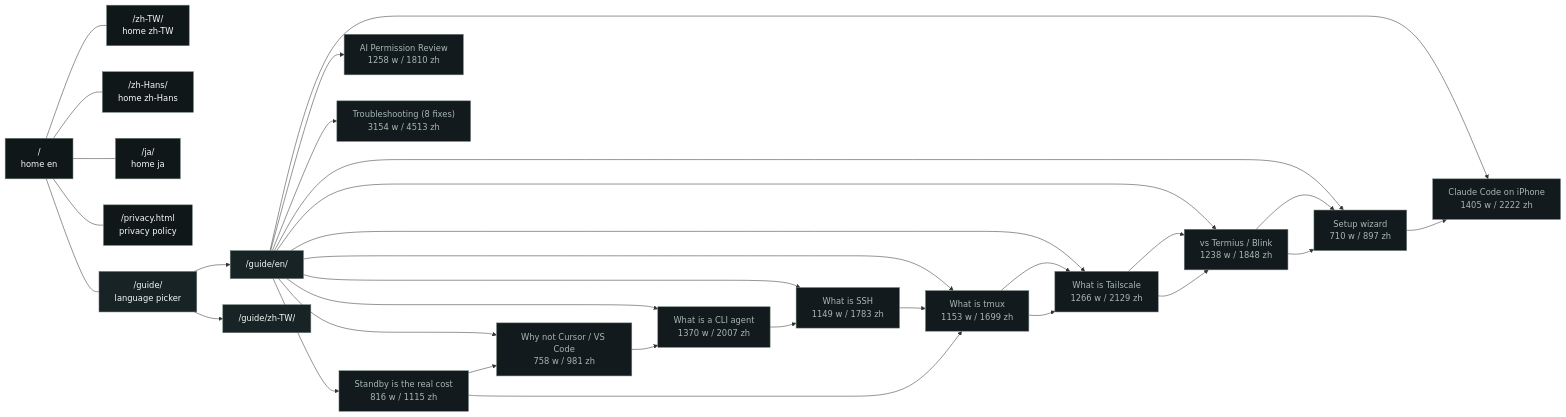
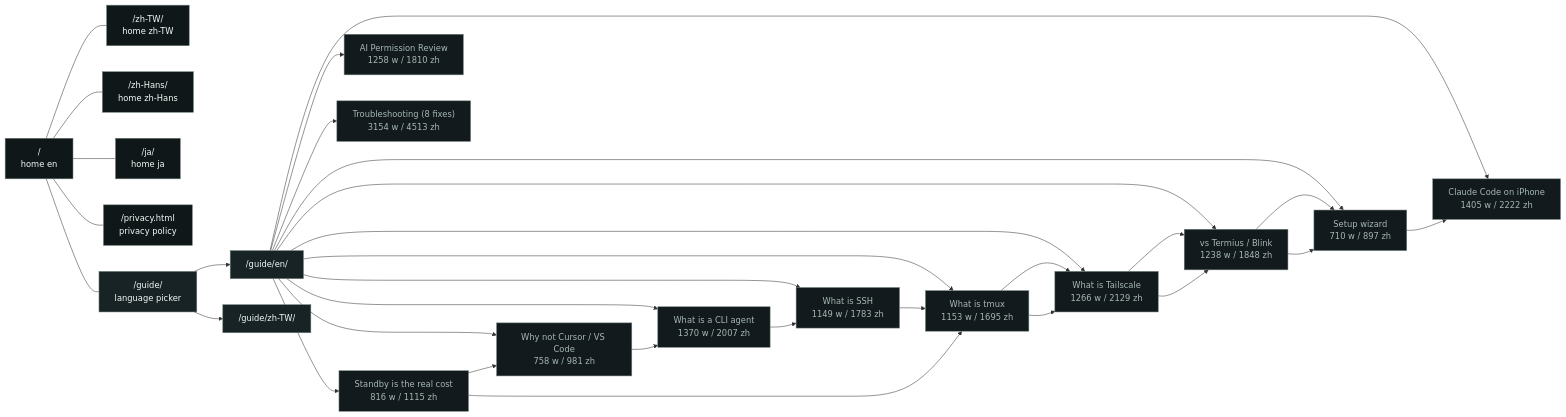
Before and after one commit to saxlamen/Agentmux-site: the diagram in SITE_MAP.md, drawn with Mermaid. The commit also changed other lines of this file and 26 other files, not shown here.

````diff
--- a/SITE_MAP.md
+++ b/SITE_MAP.md
@@ -44,44 +44,44 @@
 ```mermaid
 graph LR
   H["/<br>home en"]:::home
   homezhtw["/zh-TW/<br>home zh-TW"]:::home
   H --- homezhtw
   homezhhans["/zh-Hans/<br>home zh-Hans"]:::home
   H --- homezhhans
   homeja["/ja/<br>home ja"]:::home
   H --- homeja
   privacypolicy["/privacy.html<br>privacy policy"]:::home
   H --- privacypolicy
   G["/guide/<br>language picker"]:::hub
   H --- G
   EN["/guide/en/"]:::hub
   ZH["/guide/zh-TW/"]:::hub
   G --> EN
   G --> ZH
   EN --> whyremotevibecoding["Standby is the real cost<br>816 w / 1115 zh"]:::art
   EN --> whynotguiide["Why not Cursor / VS Code<br>758 w / 981 zh"]:::art
   EN --> whatiscli["What is a CLI agent<br>1370 w / 2007 zh"]:::art
   EN --> whatisssh["What is SSH<br>1149 w / 1783 zh"]:::art
-  EN --> whatistmux["What is tmux<br>1153 w / 1699 zh"]:::art
+  EN --> whatistmux["What is tmux<br>1153 w / 1695 zh"]:::art
   EN --> whatistailscale["What is Tailscale<br>1266 w / 2129 zh"]:::art
   EN --> whyagentmux["vs Termius / Blink<br>1238 w / 1848 zh"]:::art
   EN --> setup["Setup wizard<br>710 w / 897 zh"]:::art
   EN --> claudecodeoniphone["Claude Code on iPhone<br>1405 w / 2222 zh"]:::art
   EN --> permissionreview["AI Permission Review<br>1258 w / 1810 zh"]:::art
   EN --> troubleshooting["Troubleshooting (8 fixes)<br>3154 w / 4513 zh"]:::art
   whyremotevibecoding --> whynotguiide
   whynotguiide --> whatiscli
   whatiscli --> whatisssh
   whatisssh --> whatistmux
   whatistmux --> whatistailscale
   whatistailscale --> whyagentmux
   whyagentmux --> setup
   whyremotevibecoding --> whatistmux
   whatistmux --> whatistailscale
   whatistailscale --> whyagentmux
   whyagentmux --> setup
   setup --> claudecodeoniphone
   classDef home fill:#101719,color:#f4fbf7,stroke:#6f817a;
   classDef hub fill:#182326,color:#f4fbf7,stroke:#6f817a;
   classDef art fill:#121a1d,color:#a7b8b2,stroke:#6f817a;
 ```
````
